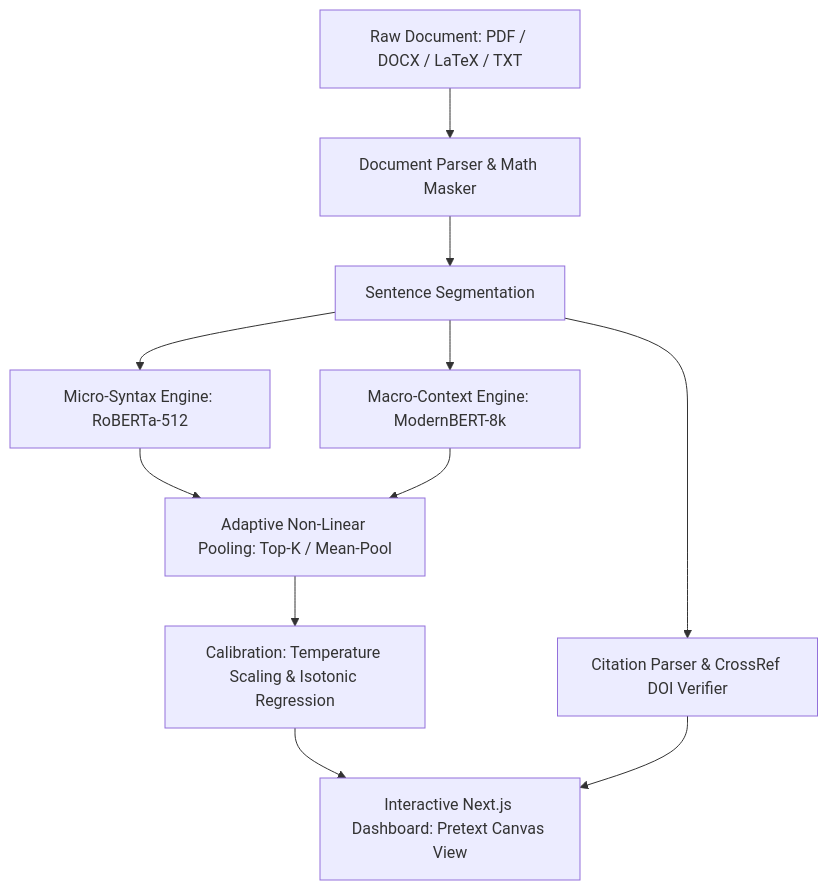
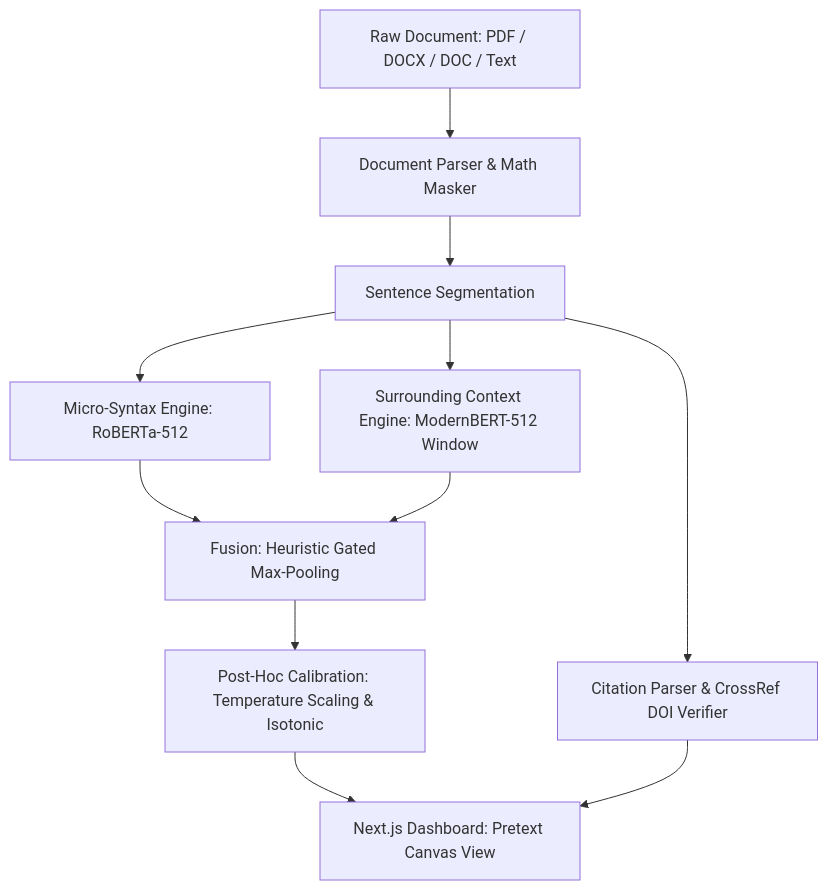
Before and after one commit to GuruGouthamKanchi/AI-text-checker: the diagram in README.md, drawn with Mermaid. The commit also changed other lines of this file and 220 other files, not shown here.

````diff
--- a/README.md
+++ b/README.md
@@ -16,13 +16,13 @@
 ```mermaid
 graph TD
-    A[Raw Document: PDF / DOCX / LaTeX / TXT] --> B[Document Parser & Math Masker]
+    A[Raw Document: PDF / DOCX / DOC / Text] --> B[Document Parser & Math Masker]
     B --> C[Sentence Segmentation]
     C --> D1[Micro-Syntax Engine: RoBERTa-512]
-    C --> D2[Macro-Context Engine: ModernBERT-8k]
-    D1 --> E[Adaptive Non-Linear Pooling: Top-K / Mean-Pool]
+    C --> D2[Surrounding Context Engine: ModernBERT-512 Window]
+    D1 --> E[Fusion: Heuristic Gated Max-Pooling]
     D2 --> E
-    E --> F[Calibration: Temperature Scaling & Isotonic Regression]
-    F --> G[Interactive Next.js Dashboard: Pretext Canvas View]
+    E --> F[Post-Hoc Calibration: Temperature Scaling & Isotonic]
+    F --> G[Next.js Dashboard: Pretext Canvas View]
     C --> H[Citation Parser & CrossRef DOI Verifier]
     H --> G
 ```
````
